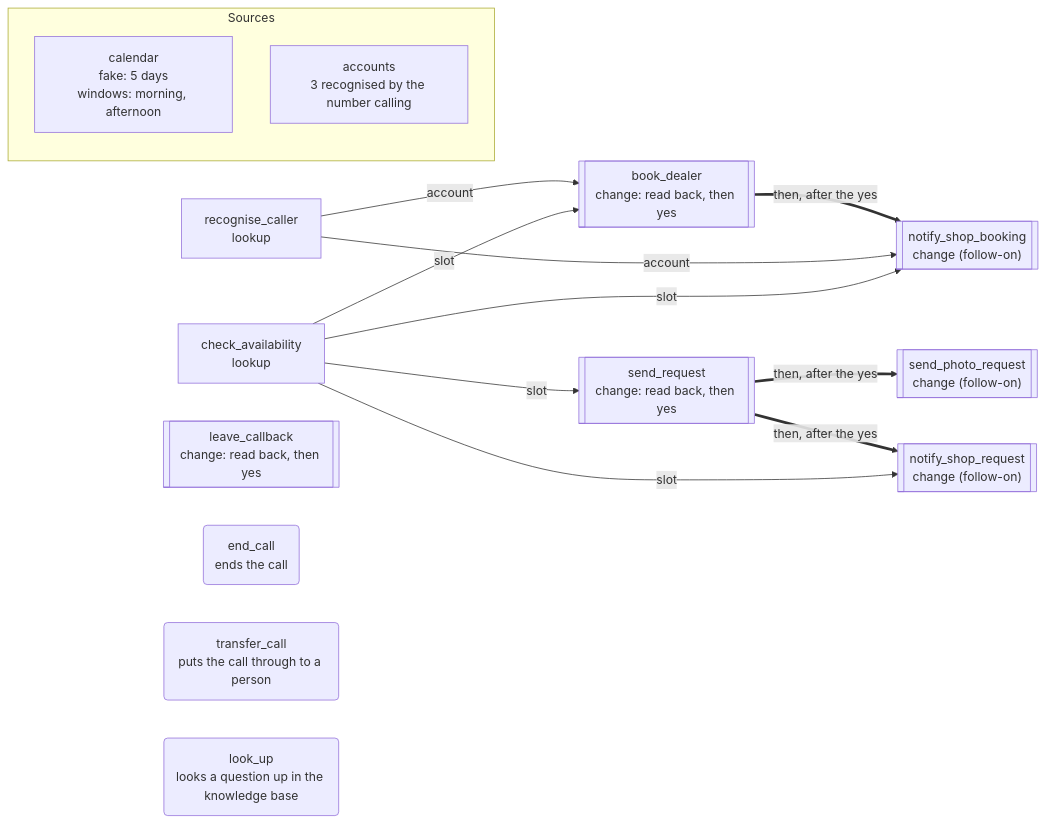
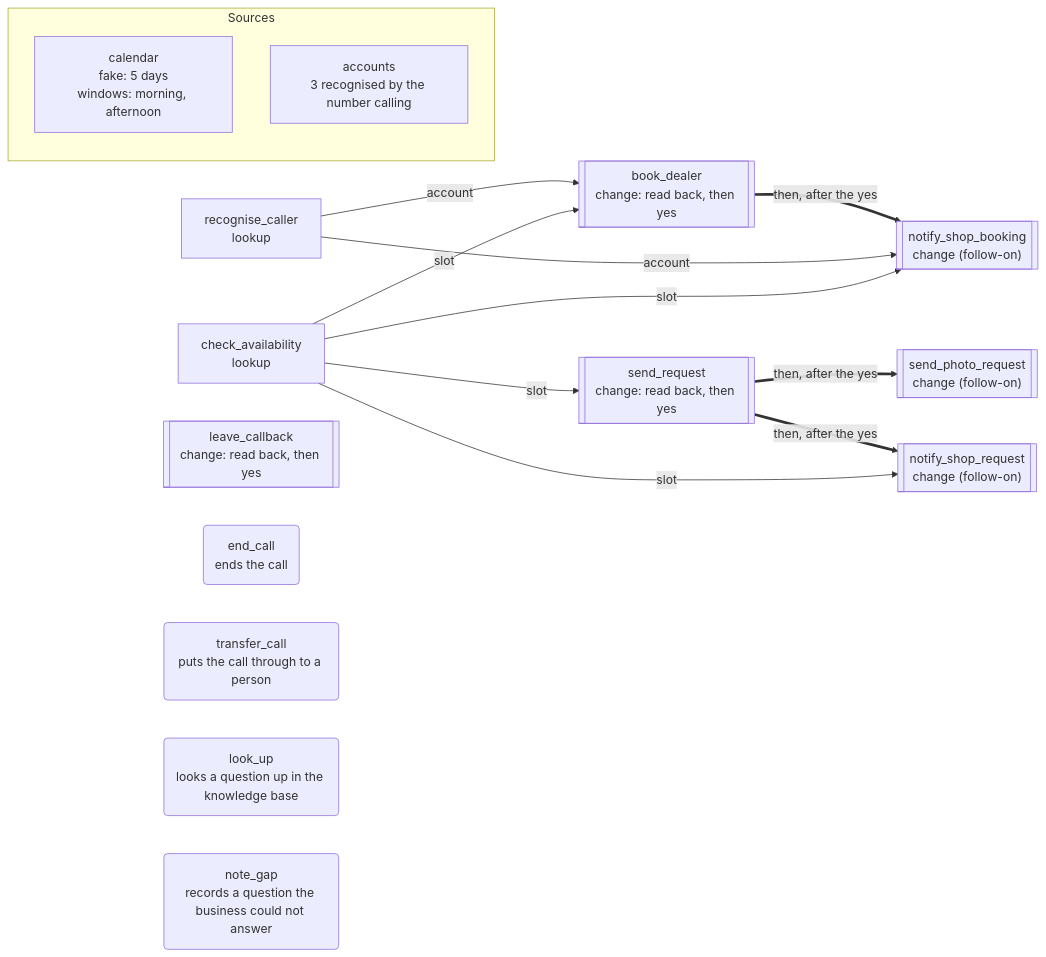
One commit to DialogWright/dialogwright changed the first of 2 diagrams in apps/wheelshop-agent/APP-MAP.md. Above: the diagram before and after it, drawn with Mermaid. The commit also changed 4 other files, not shown here.

````diff
--- a/apps/wheelshop-agent/APP-MAP.md
+++ b/apps/wheelshop-agent/APP-MAP.md
@@ -22,27 +22,28 @@
 ```mermaid
 flowchart LR
   subgraph sources["Sources"]
     src_calendar["calendar<br/>fake: 5 days<br/>windows: morning, afternoon"]
     src_accounts["accounts<br/>3 recognised by the number calling"]
   end
   a_recognise_caller["recognise_caller<br/>lookup"]
   a_check_availability["check_availability<br/>lookup"]
   a_send_request[["send_request<br/>change: read back, then yes"]]
   a_send_photo_request[["send_photo_request<br/>change (follow-on)"]]
   a_notify_shop_request[["notify_shop_request<br/>change (follow-on)"]]
   a_book_dealer[["book_dealer<br/>change: read back, then yes"]]
   a_notify_shop_booking[["notify_shop_booking<br/>change (follow-on)"]]
   a_leave_callback[["leave_callback<br/>change: read back, then yes"]]
   a_end_call("end_call<br/>ends the call")
   a_transfer_call("transfer_call<br/>puts the call through to a person")
   a_look_up("look_up<br/>looks a question up in the knowledge base")
+  a_note_gap("note_gap<br/>records a question the business could not answer")
   a_check_availability -->|slot| a_send_request
   a_send_request ==>|"then, after the yes"| a_send_photo_request
   a_send_request ==>|"then, after the yes"| a_notify_shop_request
   a_check_availability -->|slot| a_notify_shop_request
   a_recognise_caller -->|account| a_book_dealer
   a_check_availability -->|slot| a_book_dealer
   a_book_dealer ==>|"then, after the yes"| a_notify_shop_booking
   a_recognise_caller -->|account| a_notify_shop_booking
   a_check_availability -->|slot| a_notify_shop_booking
 ```
````
